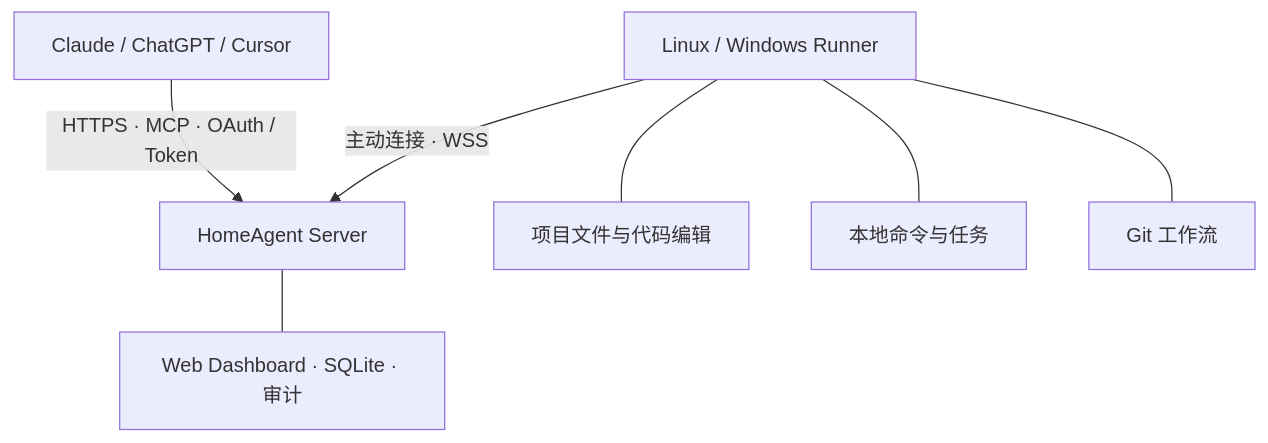
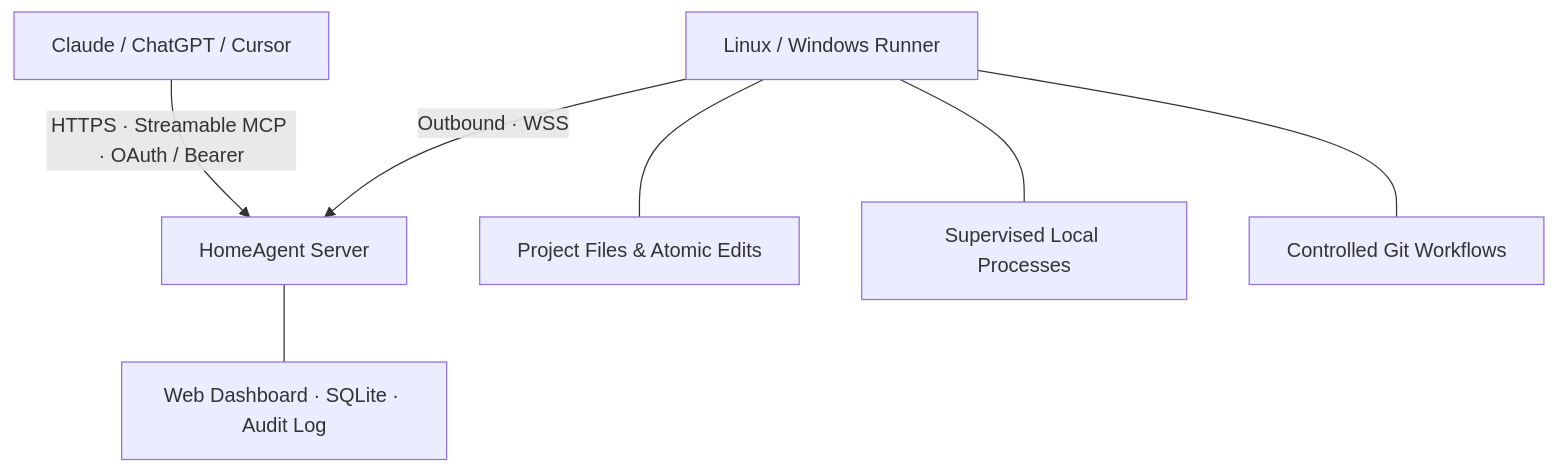
The diagram in README.md (jhxxr/HomeAgent), drawn with Mermaid before and after one commit. The commit also changed other lines of this file and 6 other files, not shown here.

````diff
--- a/README.md
+++ b/README.md
@@ -82,9 +50,9 @@
 ```mermaid
 flowchart TB
-    Clients["Claude / ChatGPT / Cursor"] -->|"HTTPS · MCP · OAuth / Token"| Server["HomeAgent Server"]
-    Server --- Console["Web Dashboard · SQLite · 审计"]
-    Runner["Linux / Windows Runner"] -->|"主动连接 · WSS"| Server
-    Runner --- Files["项目文件与代码编辑"]
-    Runner --- Commands["本地命令与任务"]
-    Runner --- Git["Git 工作流"]
+    Clients["Claude / ChatGPT / Cursor"] -->|"HTTPS · Streamable MCP · OAuth / Bearer"| Server["HomeAgent Server"]
+    Server --- Console["Web Dashboard · SQLite · Audit Log"]
+    Runner["Linux / Windows Runner"] -->|"Outbound · WSS"| Server
+    Runner --- Files["Project Files & Atomic Edits"]
+    Runner --- Commands["Supervised Local Processes"]
+    Runner --- Git["Controlled Git Workflows"]
 ```
````
